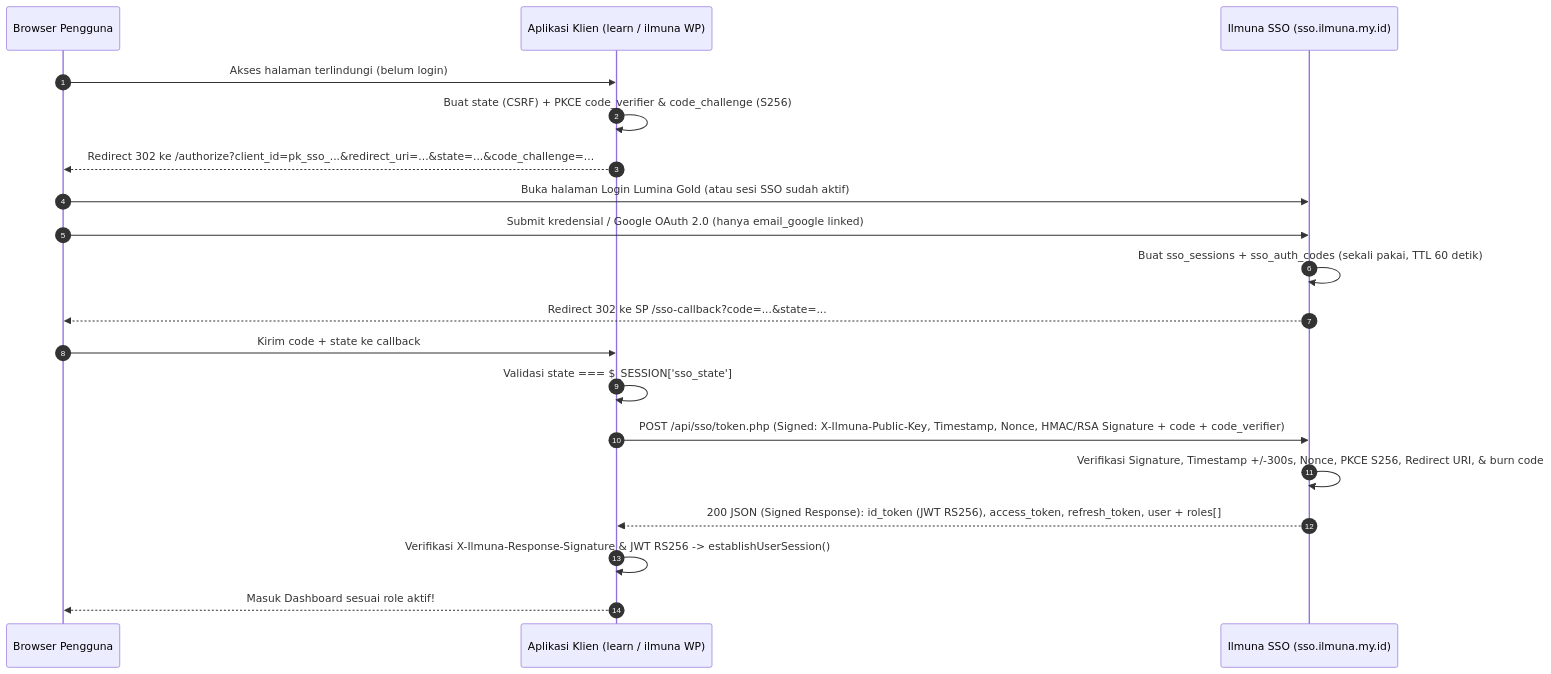
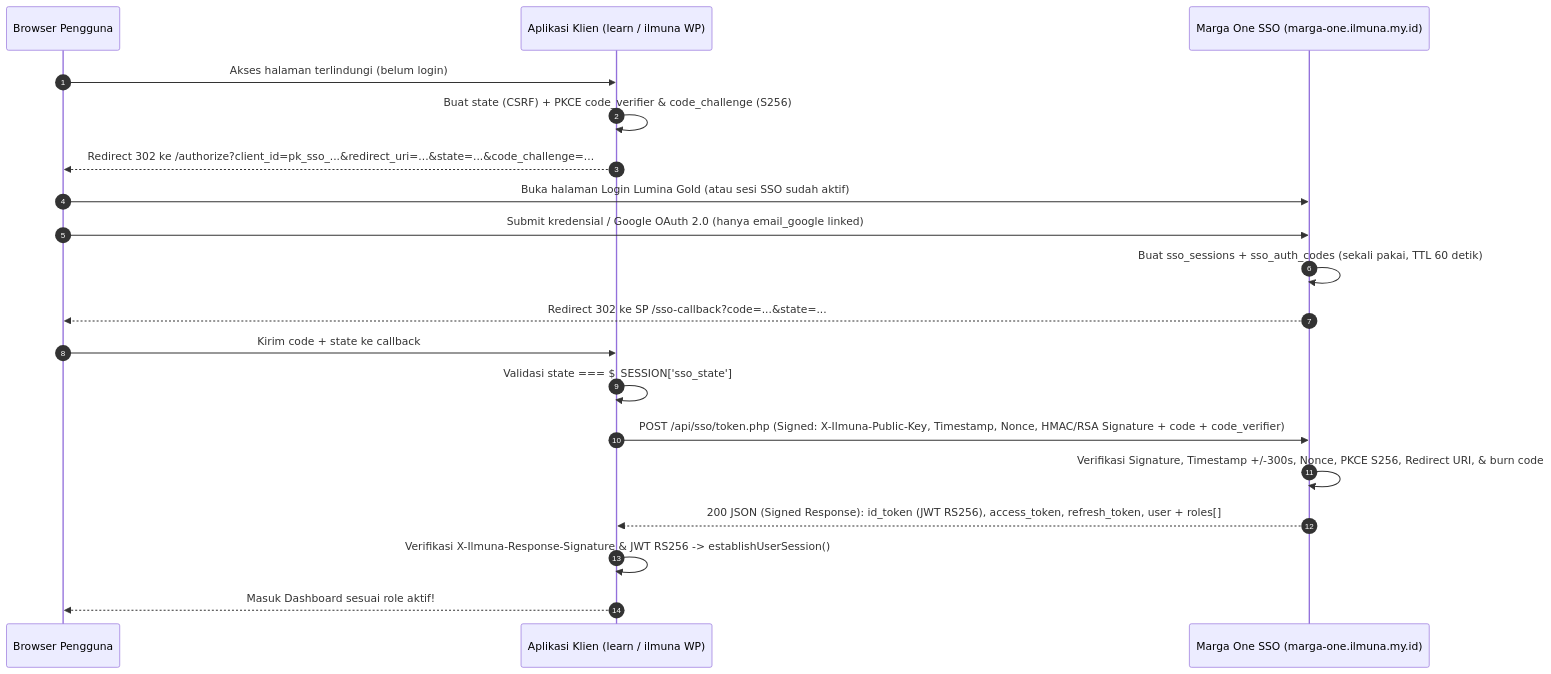
The second of 2 diagrams in SSO_BLUEPRINT.md (HACKsains/Ilmuna-Learn-Manajemen-System), drawn with Mermaid before and after one commit. The commit also changed other lines of this file and 1 other file, not shown here.

Commit message:
docs(sso): set official SSO subdomain to marga-one.ilmuna.my.id (Marga One)

````diff
--- a/SSO_BLUEPRINT.md
+++ b/SSO_BLUEPRINT.md
@@ -155,22 +155,22 @@
 ```mermaid
 sequenceDiagram
     autonumber
     participant B as Browser Pengguna
     participant SP as Aplikasi Klien (learn / ilmuna WP)
-    participant SSO as Ilmuna SSO (sso.ilmuna.my.id)
+    participant SSO as Marga One SSO (marga-one.ilmuna.my.id)
 
     B->>SP: Akses halaman terlindungi (belum login)
     SP->>SP: Buat state (CSRF) + PKCE code_verifier & code_challenge (S256)
     SP-->>B: Redirect 302 ke /authorize?client_id=pk_sso_...&redirect_uri=...&state=...&code_challenge=...
     B->>SSO: Buka halaman Login Lumina Gold (atau sesi SSO sudah aktif)
     B->>SSO: Submit kredensial / Google OAuth 2.0 (hanya email_google linked)
     SSO->>SSO: Buat sso_sessions + sso_auth_codes (sekali pakai, TTL 60 detik)
     SSO-->>B: Redirect 302 ke SP /sso-callback?code=...&state=...
     B->>SP: Kirim code + state ke callback
     SP->>SP: Validasi state === $_SESSION['sso_state']
     SP->>SSO: POST /api/sso/token.php (Signed: X-Ilmuna-Public-Key, Timestamp, Nonce, HMAC/RSA Signature + code + code_verifier)
     SSO->>SSO: Verifikasi Signature, Timestamp +/-300s, Nonce, PKCE S256, Redirect URI, & burn code
     SSO-->>SP: 200 JSON (Signed Response): id_token (JWT RS256), access_token, refresh_token, user + roles[]
     SP->>SP: Verifikasi X-Ilmuna-Response-Signature & JWT RS256 -> establishUserSession()
     SP-->>B: Masuk Dashboard sesuai role aktif!
 ```
````
